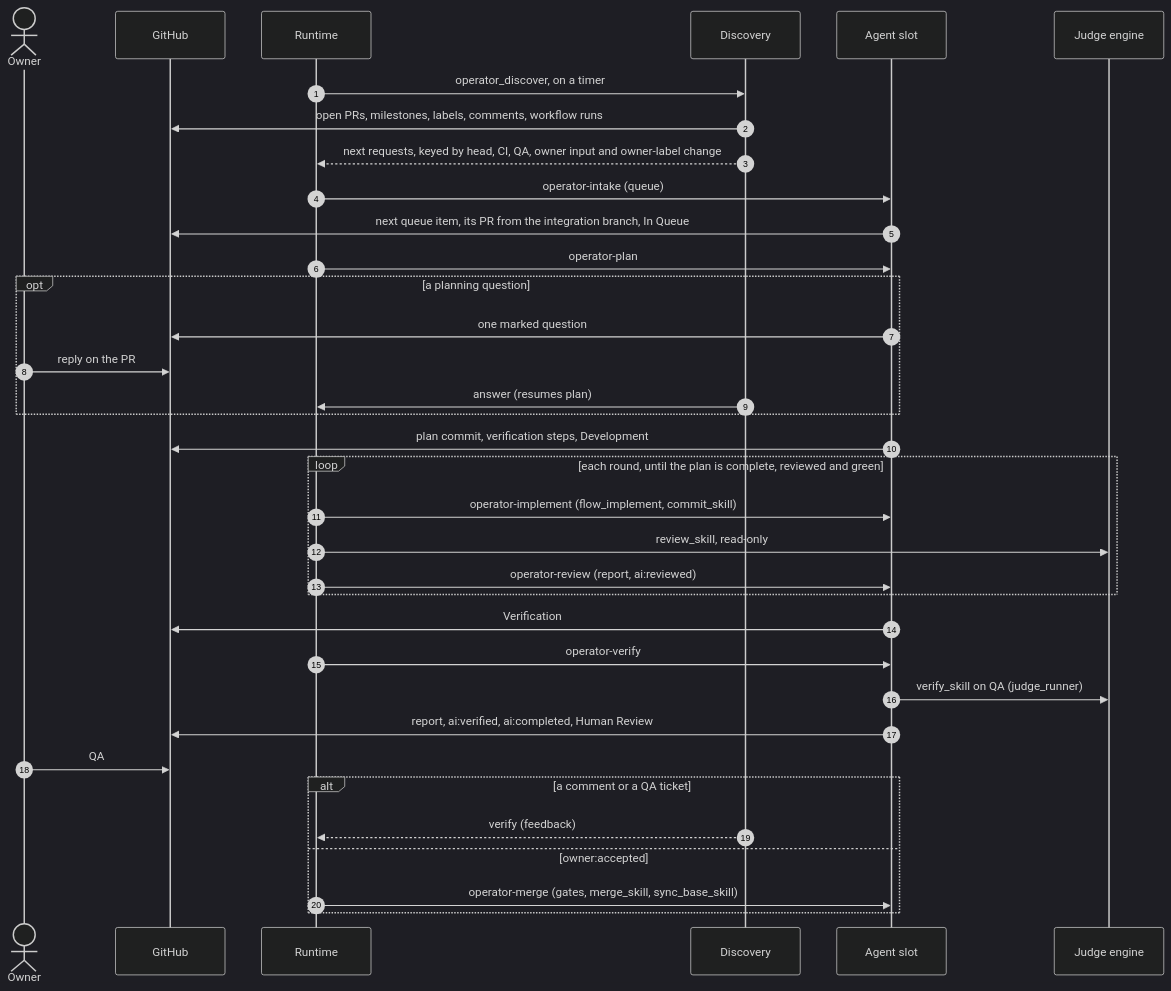
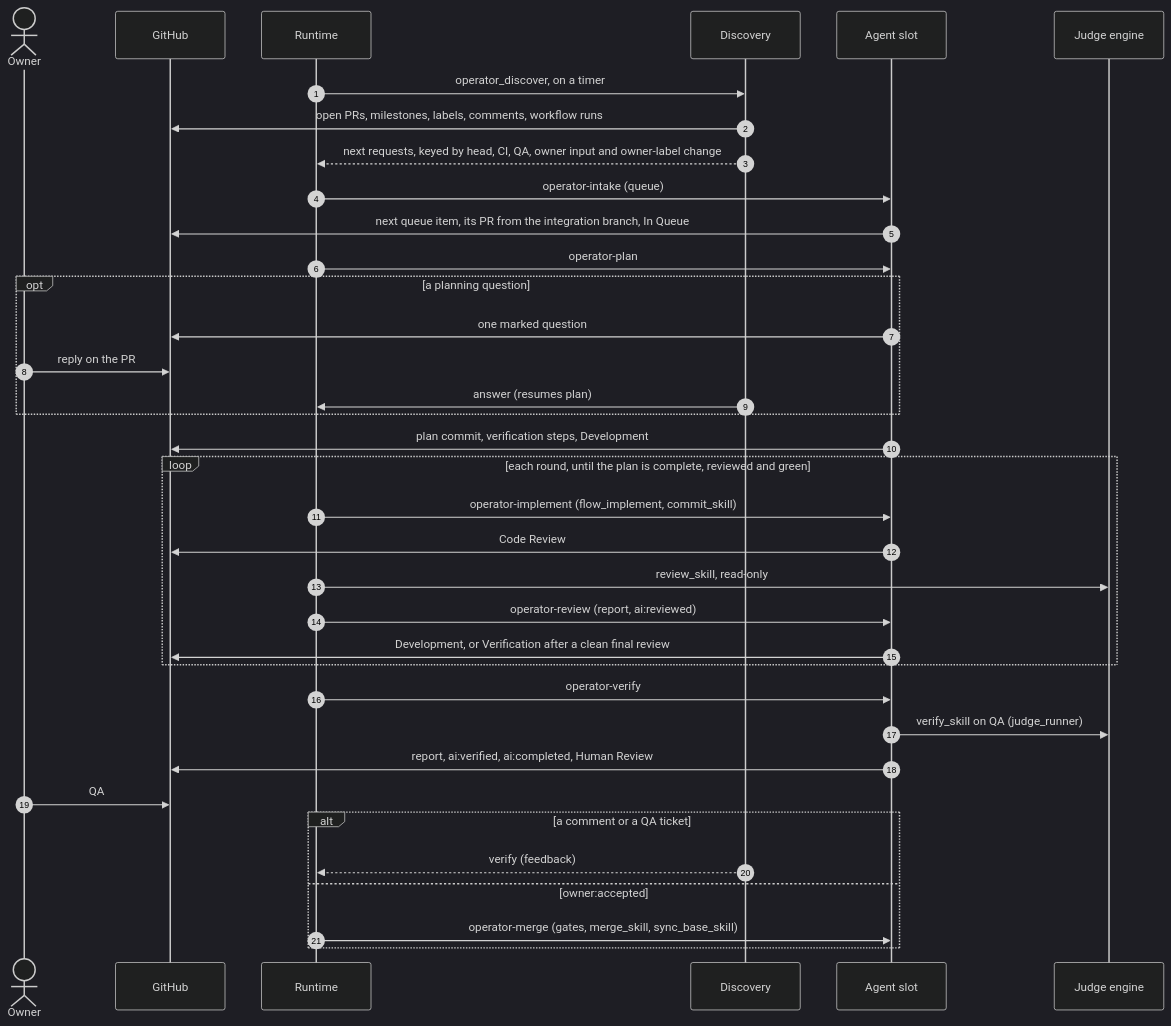
Before and after one commit to ainova-systems/operator-packs: the diagram in packs/development/README.md, drawn with Mermaid (dark theme). The commit also changed other lines of this file and 11 other files, not shown here.

First line of the commit message:
Added the codeReview milestone, so a pull request under review says so (#11)

````diff
--- a/packs/development/README.md
+++ b/packs/development/README.md
@@ -50,42 +50,43 @@
 ```mermaid
 sequenceDiagram
     autonumber
     actor Owner
     participant GH as GitHub
     participant RT as Runtime
     participant D as Discovery
     participant C as Agent slot
     participant J as Judge engine
 
     RT->>D: operator_discover, on a timer
     D->>GH: open PRs, milestones, labels, comments, workflow runs
     D-->>RT: next requests, keyed by head, CI, QA, owner input and owner-label change
 
     RT->>C: operator-intake (queue)
     C->>GH: next queue item, its PR from the integration branch, In Queue
     RT->>C: operator-plan
     opt a planning question
         C->>GH: one marked question
         Owner->>GH: reply on the PR
         D->>RT: answer (resumes plan)
     end
     C->>GH: plan commit, verification steps, Development
 
     loop each round, until the plan is complete, reviewed and green
         RT->>C: operator-implement (flow_implement, commit_skill)
+        C->>GH: Code Review
         RT->>J: review_skill, read-only
         RT->>C: operator-review (report, ai:reviewed)
+        C->>GH: Development, or Verification after a clean final review
     end
-    C->>GH: Verification
 
     RT->>C: operator-verify
     C->>J: verify_skill on QA (judge_runner)
     C->>GH: report, ai:verified, ai:completed, Human Review
 
     Owner->>GH: QA
     alt a comment or a QA ticket
         D-->>RT: verify (feedback)
     else owner:accepted
         RT->>C: operator-merge (gates, merge_skill, sync_base_skill)
     end
 ```
````
